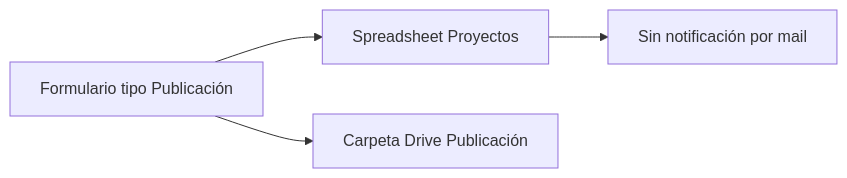
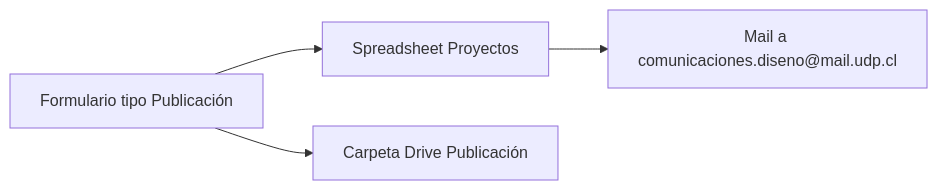
One commit to clifford1one/vcm-faaad changed the fourth of 6 diagrams in formulario-actividades/README.md. Above: the diagram before and after it, drawn with Mermaid. The commit also changed other lines of this file, not shown here.

````diff
--- a/formulario-actividades/README.md
+++ b/formulario-actividades/README.md
@@ -89,6 +107,6 @@
 ```mermaid
 flowchart LR
     A[Formulario tipo Publicación] --> B[Spreadsheet Proyectos]
     A --> C[Carpeta Drive Publicación]
-    B --> D[Sin notificación por mail]
+    B --> D[Mail a comunicaciones.diseno@mail.udp.cl]
 ```
````
